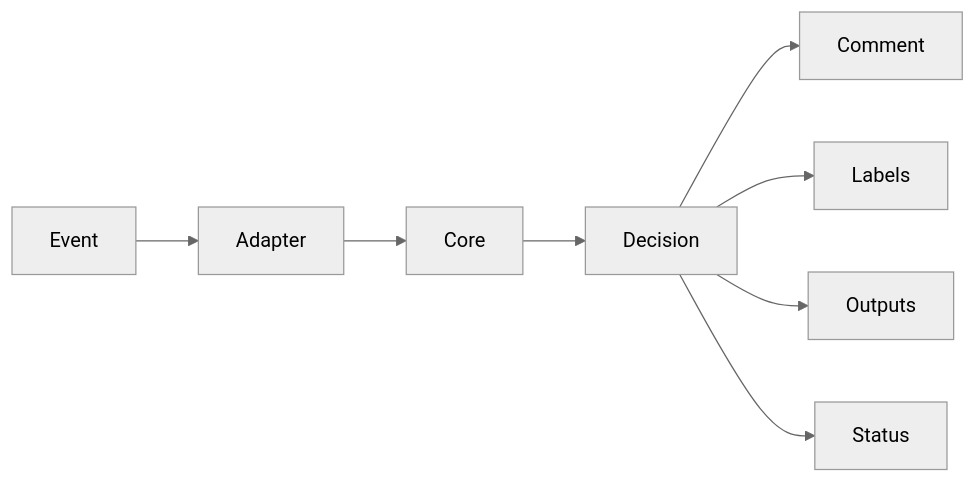
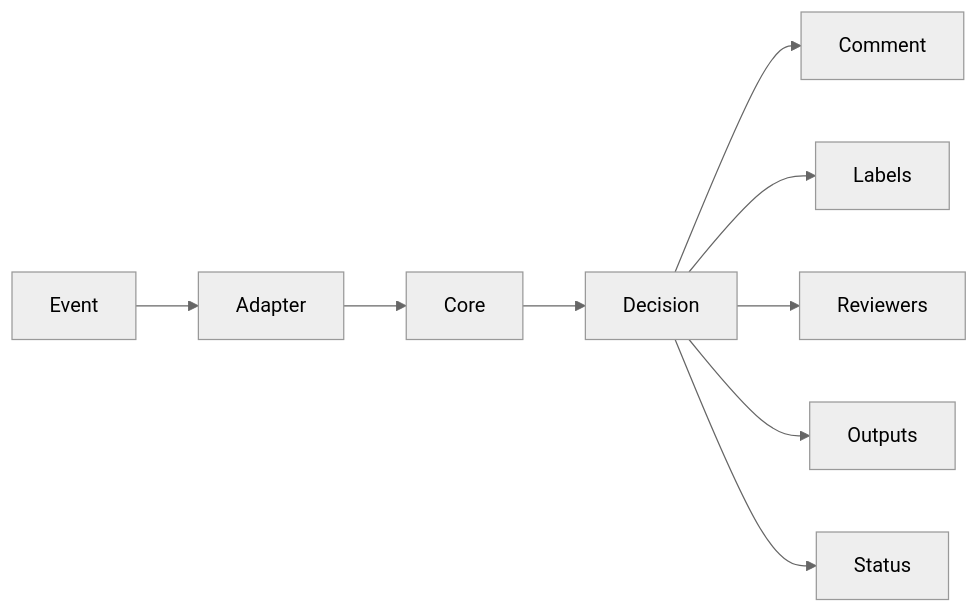
Before and after one commit to streamentry/AGENTOWNERS: the first of 3 diagrams in packages/github-action/AGENTS.md, drawn with Mermaid (neutral theme). The commit also changed other lines of this file and 12 other files, not shown here.

````diff
--- a/packages/github-action/AGENTS.md
+++ b/packages/github-action/AGENTS.md
@@ -20,9 +21,10 @@
 ```mermaid
 flowchart LR
   Event --> Adapter --> Core
   Core --> Decision
   Decision --> Comment
   Decision --> Labels
+  Decision --> Reviewers
   Decision --> Outputs
   Decision --> Status
 ```
````
